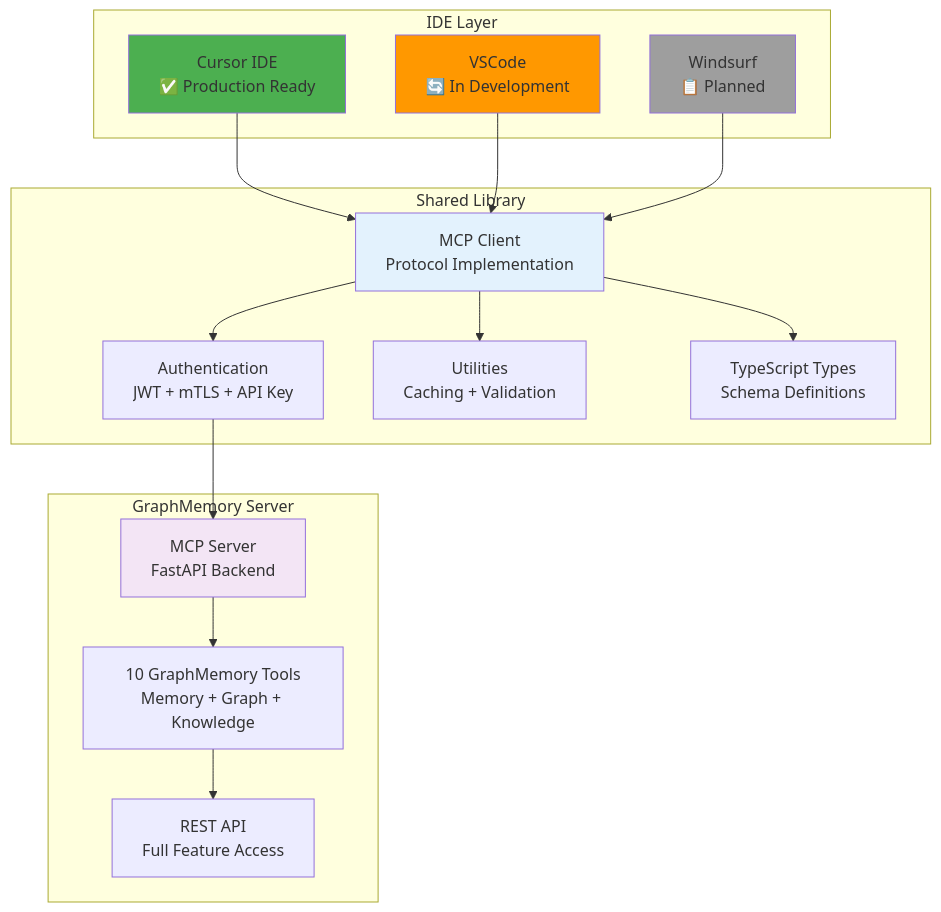
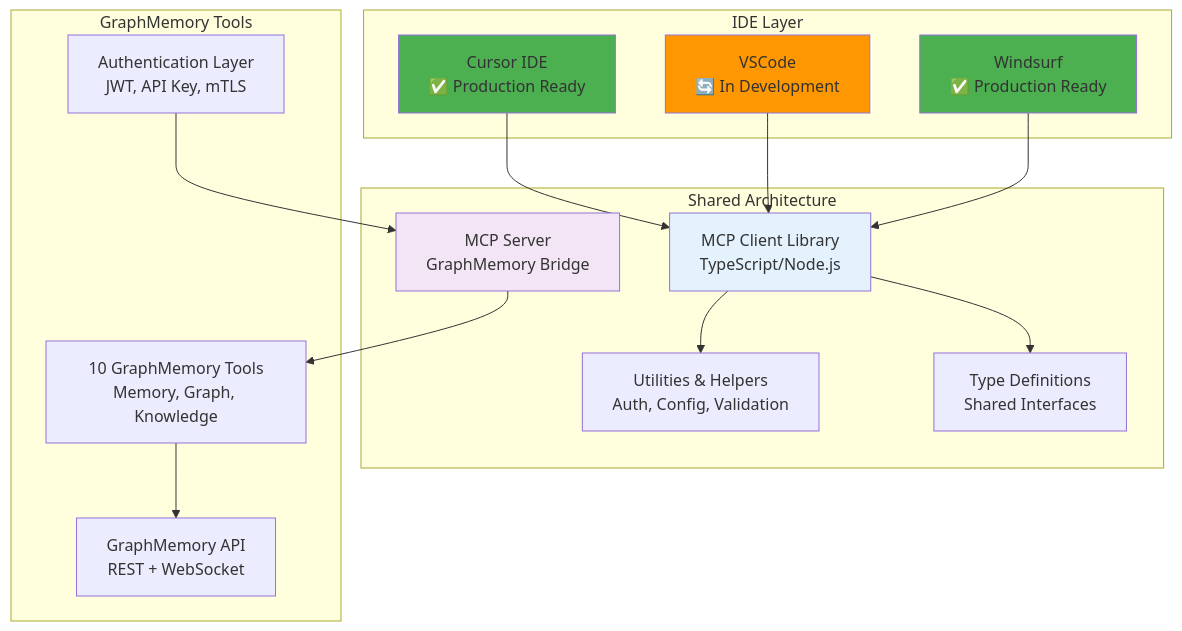
Before and after one commit to elementalcollision/GraphMemory-IDE: the sixth of 18 diagrams in README.md, drawn with Mermaid. The commit also changed other lines of this file and 4 other files, not shown here.

````diff
--- a/README.md
+++ b/README.md
@@ -354,39 +354,38 @@
 ```mermaid
 graph TB
     subgraph "IDE Layer"
         CURSOR[Cursor IDE<br/>✅ Production Ready]
         VSCODE[VSCode<br/>🔄 In Development]
-        WINDSURF[Windsurf<br/>📋 Planned]
+        WINDSURF[Windsurf<br/>✅ Production Ready]
     end
     
-    subgraph "Shared Library"
-        MCP_CLIENT[MCP Client<br/>Protocol Implementation]
-        AUTH[Authentication<br/>JWT + mTLS + API Key]
-        UTILS[Utilities<br/>Caching + Validation]
-        TYPES[TypeScript Types<br/>Schema Definitions]
+    subgraph "Shared Architecture"
+        MCP_CLIENT[MCP Client Library<br/>TypeScript/Node.js]
+        MCP_SERVER[MCP Server<br/>GraphMemory Bridge]
+        UTILS[Utilities & Helpers<br/>Auth, Config, Validation]
+        TYPES[Type Definitions<br/>Shared Interfaces]
     end
     
-    subgraph "GraphMemory Server"
-        MCP_SERVER[MCP Server<br/>FastAPI Backend]
-        TOOLS[10 GraphMemory Tools<br/>Memory + Graph + Knowledge]
-        API[REST API<br/>Full Feature Access]
+    subgraph "GraphMemory Tools"
+        TOOLS[10 GraphMemory Tools<br/>Memory, Graph, Knowledge]
+        AUTH[Authentication Layer<br/>JWT, API Key, mTLS]
+        API[GraphMemory API<br/>REST + WebSocket]
     end
     
     CURSOR --> MCP_CLIENT
     VSCODE --> MCP_CLIENT
     WINDSURF --> MCP_CLIENT
     
-    MCP_CLIENT --> AUTH
     MCP_CLIENT --> UTILS
     MCP_CLIENT --> TYPES
     
     AUTH --> MCP_SERVER
     MCP_SERVER --> TOOLS
     TOOLS --> API
     
     style CURSOR fill:#4caf50
     style VSCODE fill:#ff9800
-    style WINDSURF fill:#9e9e9e
+    style WINDSURF fill:#4caf50
     style MCP_CLIENT fill:#e3f2fd
     style MCP_SERVER fill:#f3e5f5
 ```
````
